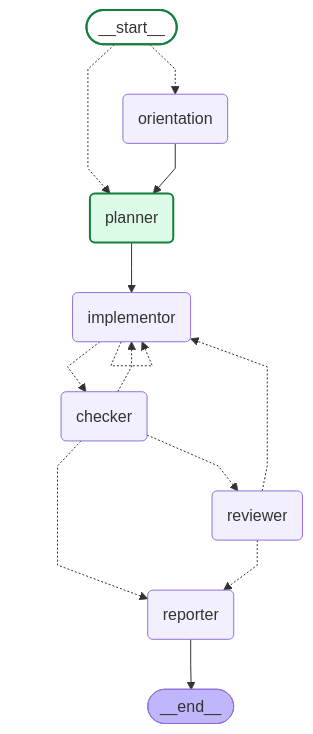
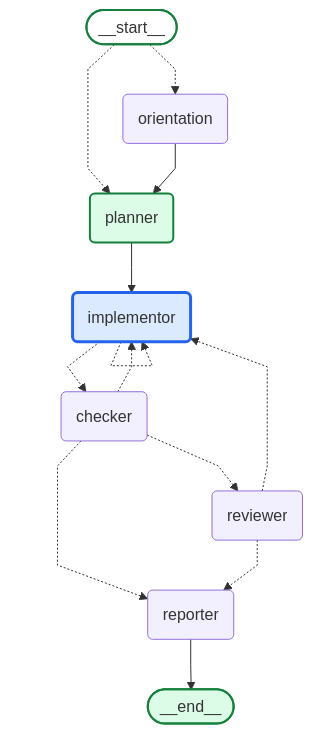
The diagram in runs/20260809-163408-20bd86/graph.mmd (daniell0gda/hermes-feature-check-dashboard), drawn with Mermaid before and after one commit. The commit also changed 7 other files, not shown here.

```diff
--- a/runs/20260809-163408-20bd86/graph.mmd
+++ b/runs/20260809-163408-20bd86/graph.mmd
@@ -1,35 +1,37 @@
 ---
 config:
   flowchart:
     curve: linear
 ---
 graph TD;
 	__start__([<p>__start__</p>]):::first
 	orientation(orientation)
 	planner(planner)
 	implementor(implementor)
 	checker(checker)
 	reviewer(reviewer)
 	reporter(reporter)
 	__end__([<p>__end__</p>]):::last
 	__start__ -.-> orientation;
 	__start__ -.-> planner;
 	checker -.-> implementor;
 	checker -.-> reporter;
 	checker -.-> reviewer;
 	implementor -.-> checker;
 	orientation --> planner;
 	planner --> implementor;
 	reviewer -.-> implementor;
 	reviewer -.-> reporter;
 	reporter --> __end__;
 	implementor -.-> implementor;
 	classDef default fill:#f2f0ff,line-height:1.2
 	classDef first fill-opacity:0
 	classDef last fill:#bfb6fc
 
 classDef done fill:#dcfce7,stroke:#15803d,stroke-width:2px;
 classDef active fill:#dbeafe,stroke:#2563eb,stroke-width:3px;
 classDef failed fill:#fee2e2,stroke:#b42318,stroke-width:2px;
+class implementor active;
 class planner done;
 class __start__ done;
+class __end__ done;
```
